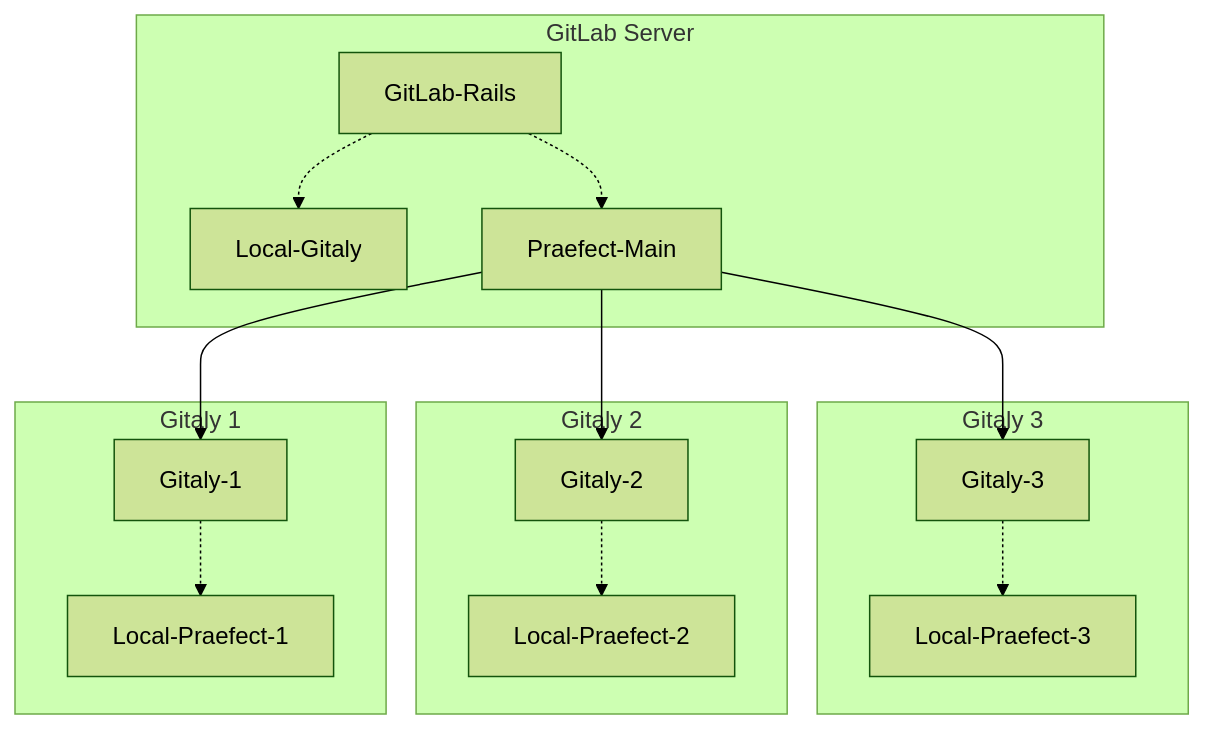
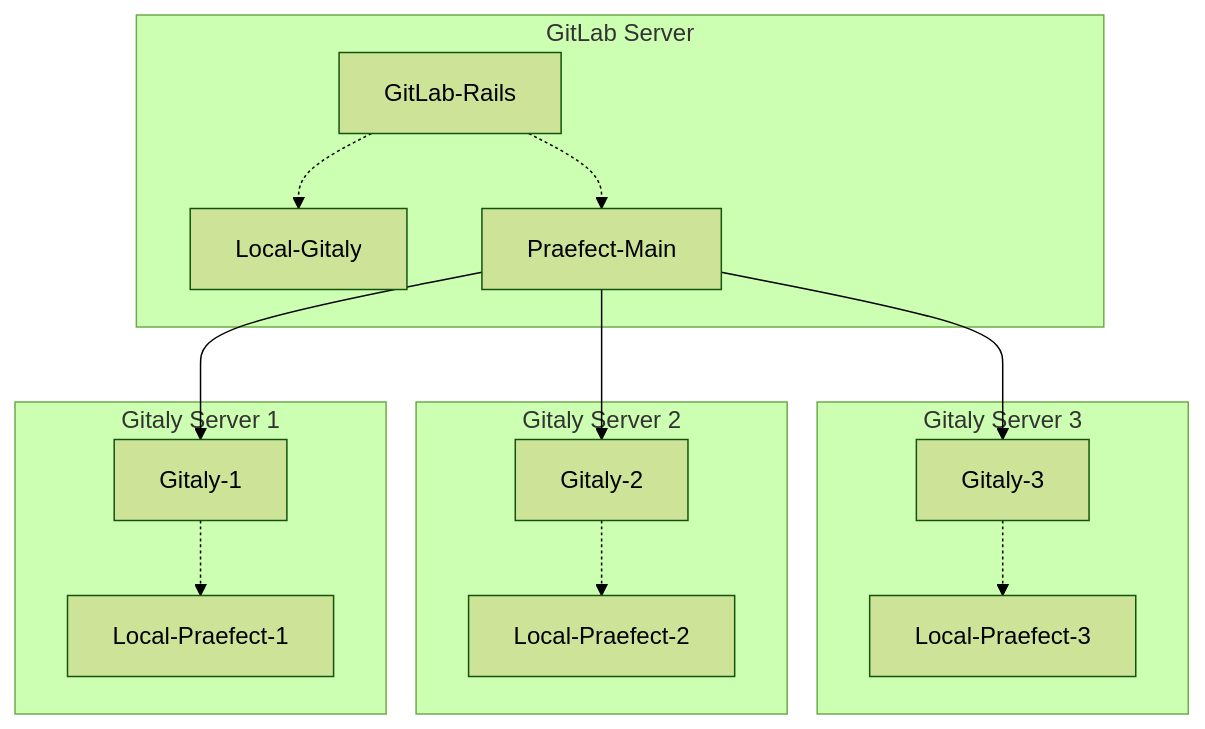
One commit to mehulagg/gitlab_test changed the diagram in doc/administration/gitaly/praefect.md. Above: the diagram before and after it, drawn with Mermaid (forest theme). The commit also changed other lines of this file, not shown here.

````diff
--- a/doc/administration/gitaly/praefect.md
+++ b/doc/administration/gitaly/praefect.md
@@ -25,19 +25,19 @@
 ```mermaid
 graph TB
   subgraph "GitLab Server"
   GitLab-Rails -.-> Local-Gitaly;
   GitLab-Rails -.-> Praefect-Main;
   end
-  subgraph "Gitaly 3"
+  subgraph "Gitaly Server 3"
   Praefect-Main --> Gitaly-3;
   Gitaly-3 -.-> Local-Praefect-3
   end
-  subgraph "Gitaly 2"
+  subgraph "Gitaly Server 2"
   Praefect-Main --> Gitaly-2;
   Gitaly-2 -.-> Local-Praefect-2
   end
-  subgraph "Gitaly 1"
+  subgraph "Gitaly Server 1"
   Praefect-Main --> Gitaly-1;
   Gitaly-1 -.-> Local-Praefect-1
   end
 ```
````
